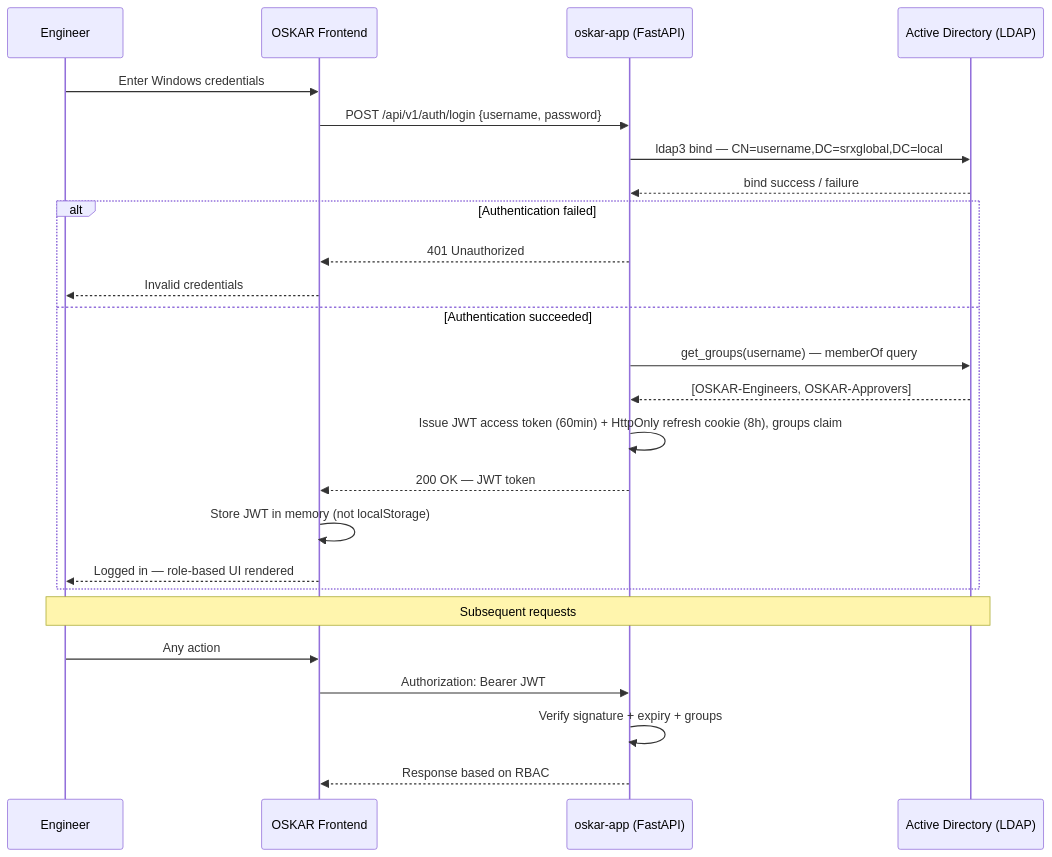
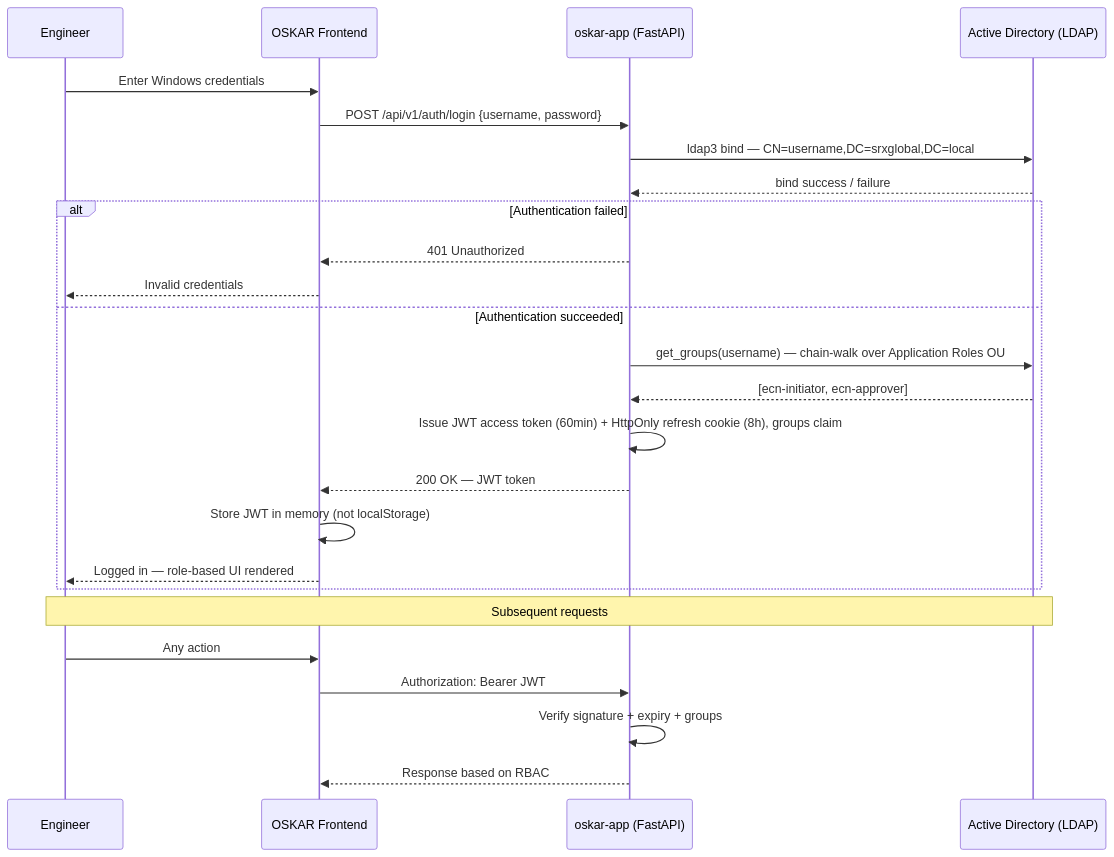
The fifth of 18 diagrams in ai/memory/03-oskar-architecture.md (hsalazar-srx/Oskar), drawn with Mermaid before and after one commit. The commit also changed other lines of this file and 17 other files, not shown here.

````diff
--- a/ai/memory/03-oskar-architecture.md
+++ b/ai/memory/03-oskar-architecture.md
@@ -242,36 +242,36 @@
 ```mermaid
 ---
 config:
   theme: light
   layout: elk
   look: classic
 ---
 sequenceDiagram
   participant E as Engineer
   participant FE as OSKAR Frontend
   participant API as oskar-app (FastAPI)
   participant LDAP as Active Directory (LDAP)
 
   E->>FE: Enter Windows credentials
   FE->>API: POST /api/v1/auth/login {username, password}
   API->>LDAP: ldap3 bind — CN=username,DC=srxglobal,DC=local
   LDAP-->>API: bind success / failure
 
   alt Authentication failed
     API-->>FE: 401 Unauthorized
     FE-->>E: Invalid credentials
   else Authentication succeeded
-    API->>LDAP: get_groups(username) — memberOf query
-    LDAP-->>API: [OSKAR-Engineers, OSKAR-Approvers]
+    API->>LDAP: get_groups(username) — chain-walk over Application Roles OU
+    LDAP-->>API: [ecn-initiator, ecn-approver]
     API->>API: Issue JWT access token (60min) + HttpOnly refresh cookie (8h), groups claim
     API-->>FE: 200 OK — JWT token
     FE->>FE: Store JWT in memory (not localStorage)
     FE-->>E: Logged in — role-based UI rendered
   end
 
   Note over E,LDAP: Subsequent requests
   E->>FE: Any action
   FE->>API: Authorization: Bearer JWT
   API->>API: Verify signature + expiry + groups
   API-->>FE: Response based on RBAC
 ```
````
